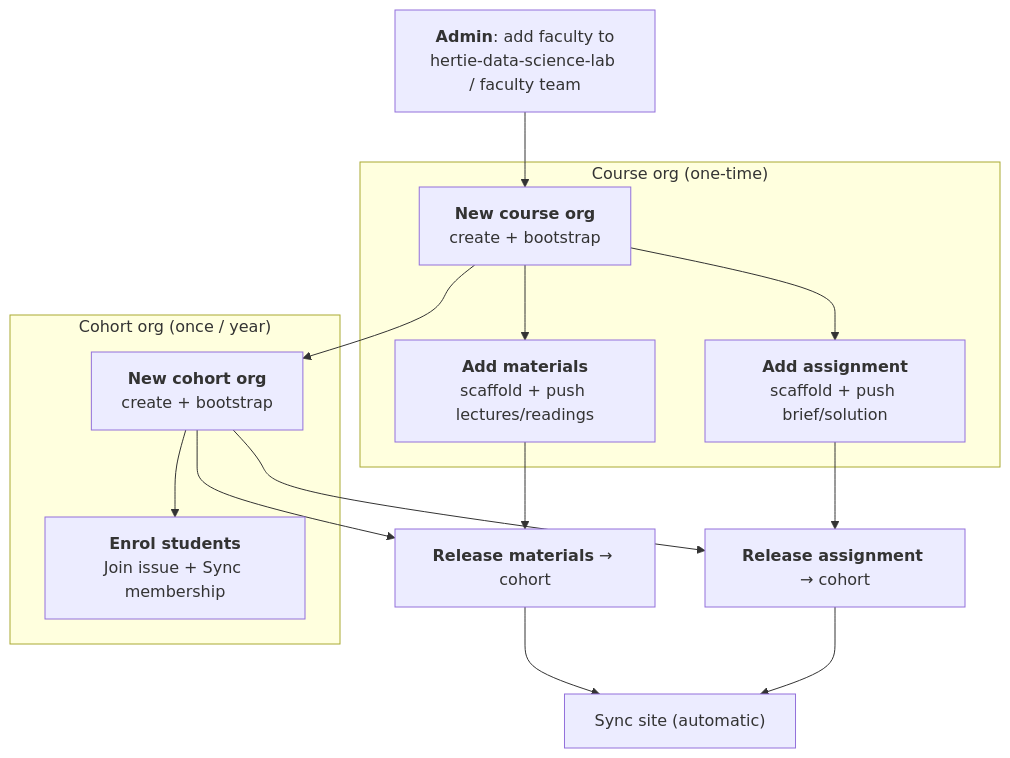
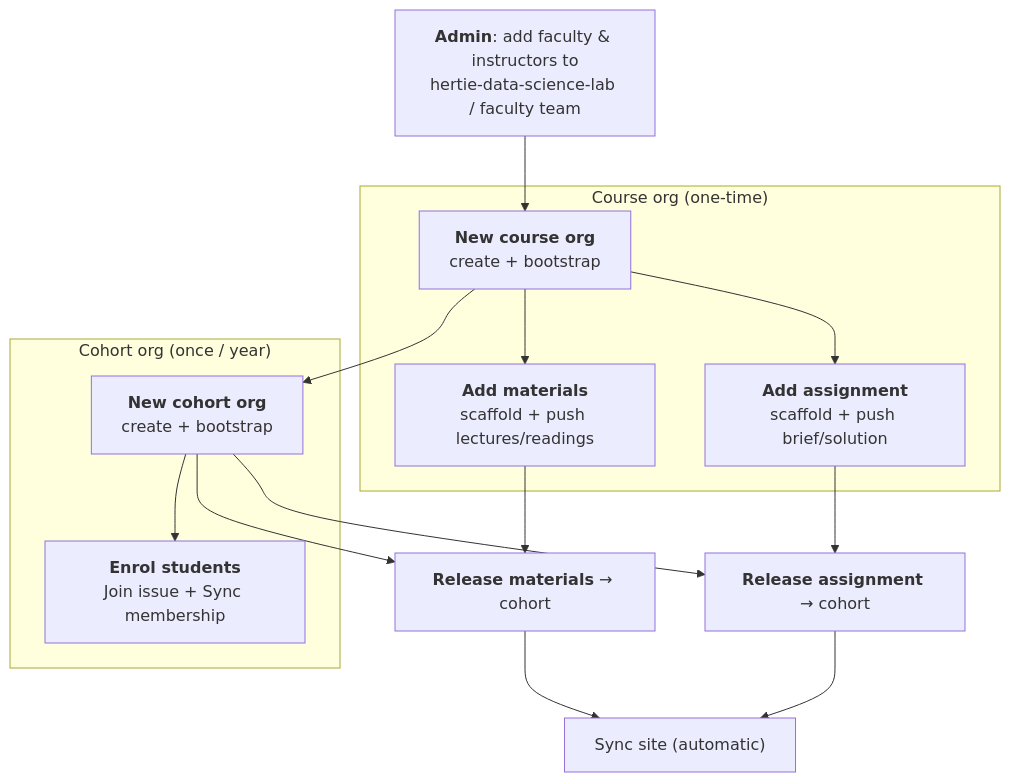
Before and after one commit to hertie-data-science-lab/dsl-teaching-course-setup: the diagram in docs/faculty-and-instructors/README.md, drawn with Mermaid. The commit also changed other lines of this file and 37 other files, not shown here.

First line of the commit message:
feat(scaffold): enrich materials README/MAINTAINING, 1-base sessions, faculty & instructors term (#85)

````diff
--- a/docs/faculty-and-instructors/README.md
+++ b/docs/faculty-and-instructors/README.md
@@ -31,26 +31,26 @@
 ```mermaid
 flowchart TD
-  A["<b>Admin</b>: add faculty to<br/>hertie-data-science-lab / faculty team"] --> B
+  A["<b>Admin</b>: add faculty & instructors to<br/>hertie-data-science-lab / faculty team"] --> B
 
   subgraph COURSE["Course org (one-time)"]
     B["<b>New course org</b><br/>create + bootstrap"]
     C["<b>Add materials</b><br/>scaffold + push lectures/readings"]
     D["<b>Add assignment</b><br/>scaffold + push brief/solution"]
     B --> C
     B --> D
   end
 
   subgraph COHORT["Cohort org (once / year)"]
     E["<b>New cohort org</b><br/>create + bootstrap"]
     F["<b>Enrol students</b><br/>Join issue + Sync membership"]
     E --> F
   end
 
   B --> E
   C --> G["<b>Release materials</b> → cohort"]
   D --> H["<b>Release assignment</b> → cohort"]
   E --> G
   E --> H
   G --> I["Sync site (automatic)"]
   H --> I
 ```
````
